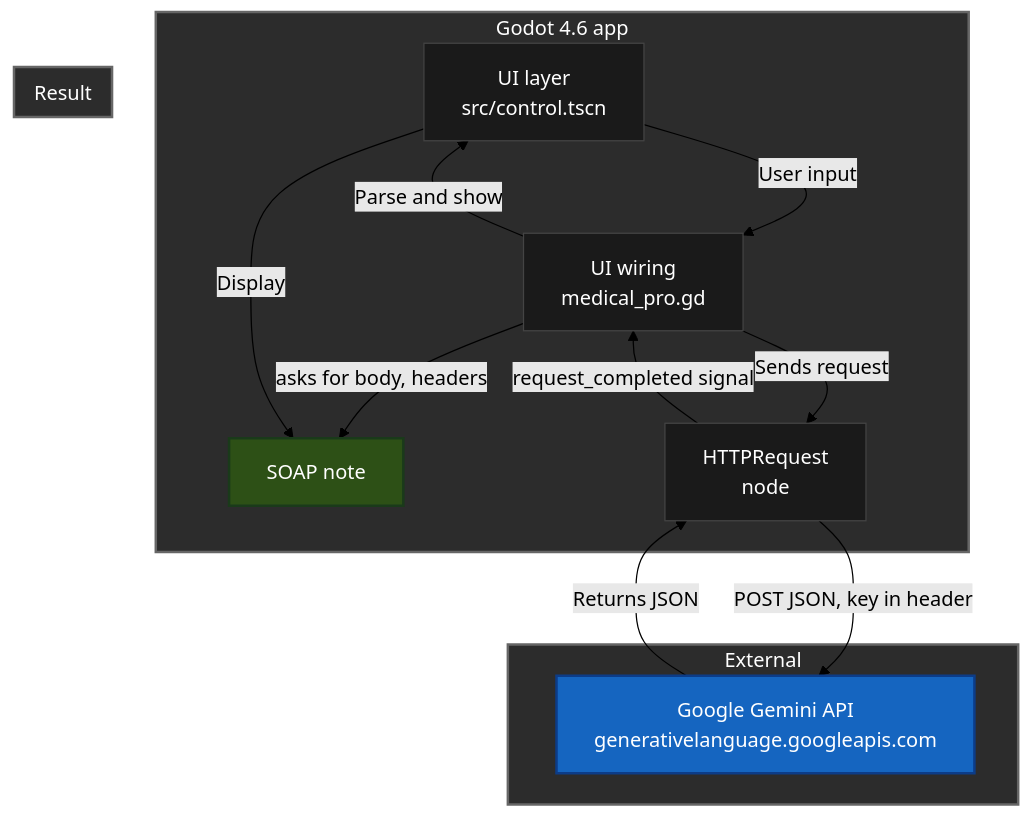
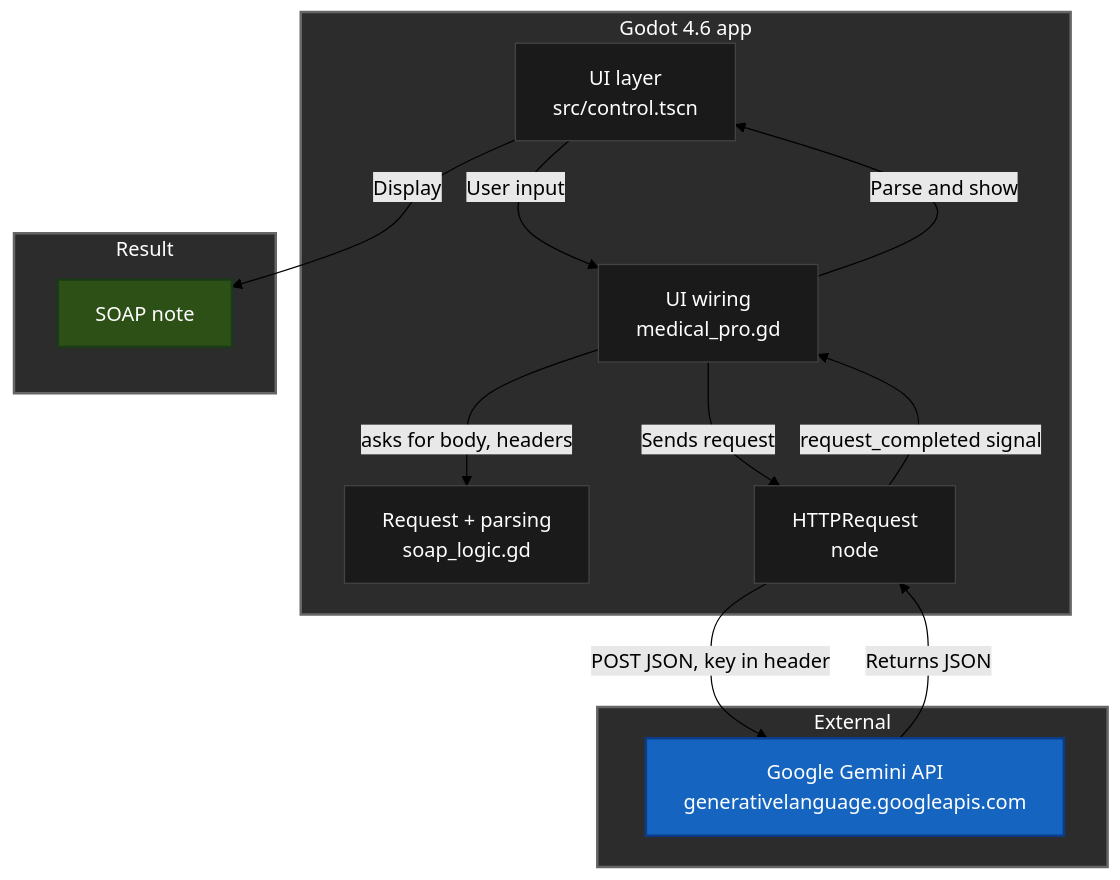
Before and after one commit to kinuthia-mark/MedicalProV1: the second of 3 diagrams in README.md, drawn with Mermaid (forest theme).

Commit message:
Fix diagram node name clash

````diff
--- a/README.md
+++ b/README.md
@@ -118,36 +118,36 @@
 ```mermaid
 graph TB
     subgraph GODOT["Godot 4.6 app"]
         UI["UI layer<br/>src/control.tscn"]
         LOGIC["UI wiring<br/>medical_pro.gd"]
-        SOAP["Request + parsing<br/>soap_logic.gd"]
+        CORE["Request + parsing<br/>soap_logic.gd"]
         HTTP["HTTPRequest<br/>node"]
     end
 
     subgraph EXTERNAL["External"]
         API["Google Gemini API<br/>generativelanguage.googleapis.com"]
     end
 
     subgraph OUTPUT["Result"]
         SOAP["SOAP note"]
     end
 
     UI -->|User input| LOGIC
-    LOGIC -->|asks for body, headers| SOAP
+    LOGIC -->|asks for body, headers| CORE
     LOGIC -->|Sends request| HTTP
     HTTP -->|POST JSON, key in header| API
     API -->|Returns JSON| HTTP
     HTTP -->|request_completed signal| LOGIC
     LOGIC -->|Parse and show| UI
     UI -->|Display| SOAP
 
     style GODOT fill:#2c2c2c,color:#fff,stroke:#666,stroke-width:2px
     style UI fill:#1a1a1a,color:#fff,stroke:#444
     style LOGIC fill:#1a1a1a,color:#fff,stroke:#444
     style HTTP fill:#1a1a1a,color:#fff,stroke:#444
-    style SOAP fill:#1a1a1a,color:#fff,stroke:#444
+    style CORE fill:#1a1a1a,color:#fff,stroke:#444
     style API fill:#1565c0,color:#fff,stroke:#0c3c88,stroke-width:2px
     style SOAP fill:#2d5016,color:#fff,stroke:#1a3a1a,stroke-width:2px
     style OUTPUT fill:#2c2c2c,color:#fff,stroke:#666,stroke-width:2px
     style EXTERNAL fill:#2c2c2c,color:#fff,stroke:#666,stroke-width:2px
 ```
````
